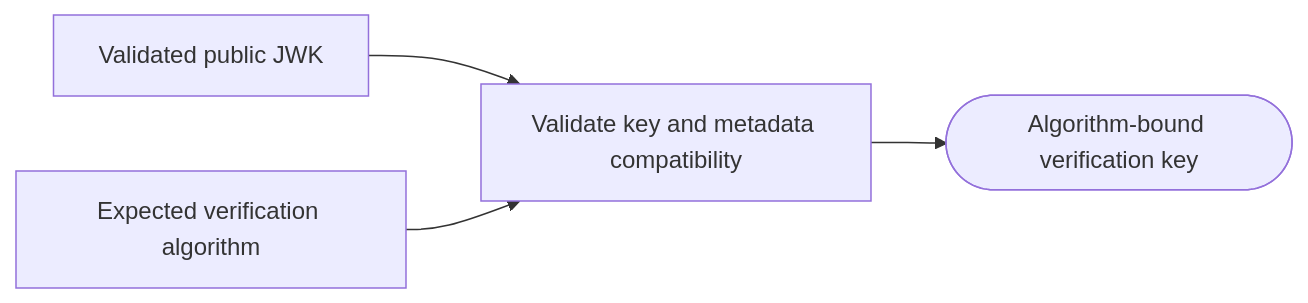
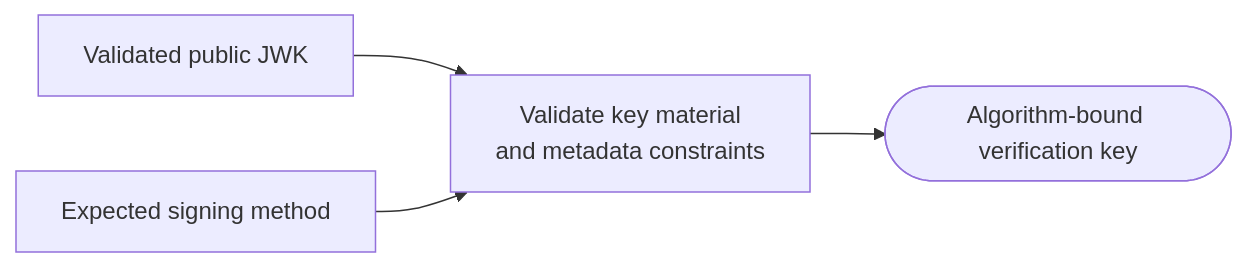
Diagram 13 of 20 in DESIGN.md (mkbeh/xjose), drawn with Mermaid before and after one commit. The commit also changed other lines of this file, not shown here.

Commit message:
docs: refine architectural design

````diff
--- a/DESIGN.md
+++ b/DESIGN.md
@@ -529,10 +585,10 @@
 ```mermaid
 flowchart LR
     JWK[Validated public JWK]
-    Algorithm[Expected verification algorithm]
-    Validate[Validate key and metadata compatibility]
+    Method[Expected signing method]
+    Validate[Validate key material<br/>and metadata constraints]
     Key([Algorithm-bound verification key])
     JWK --> Validate
-    Algorithm --> Validate
+    Method --> Validate
     Validate --> Key
 ```
````
